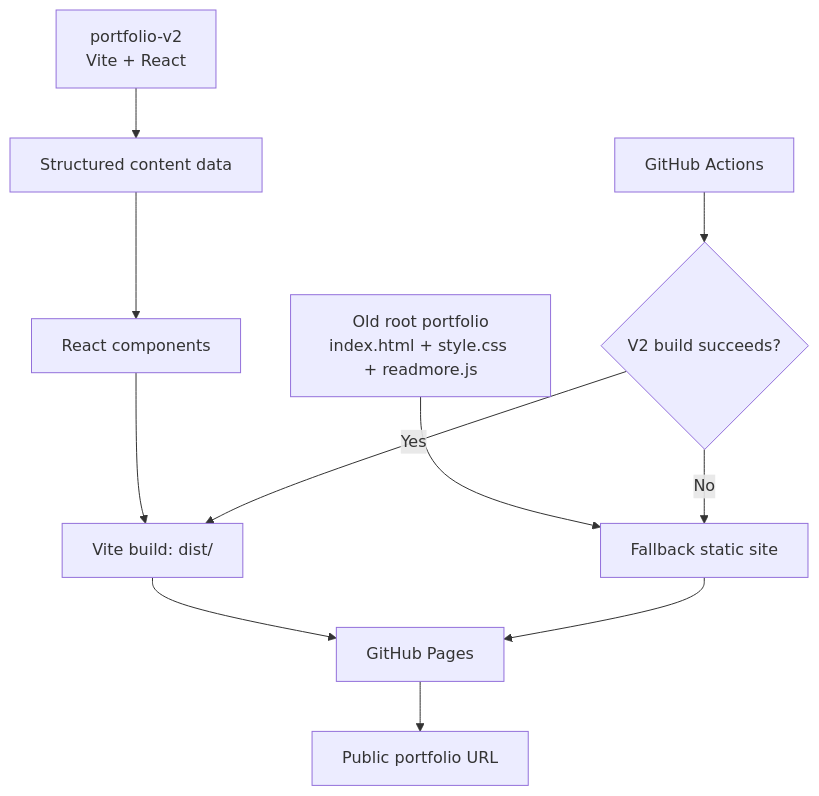
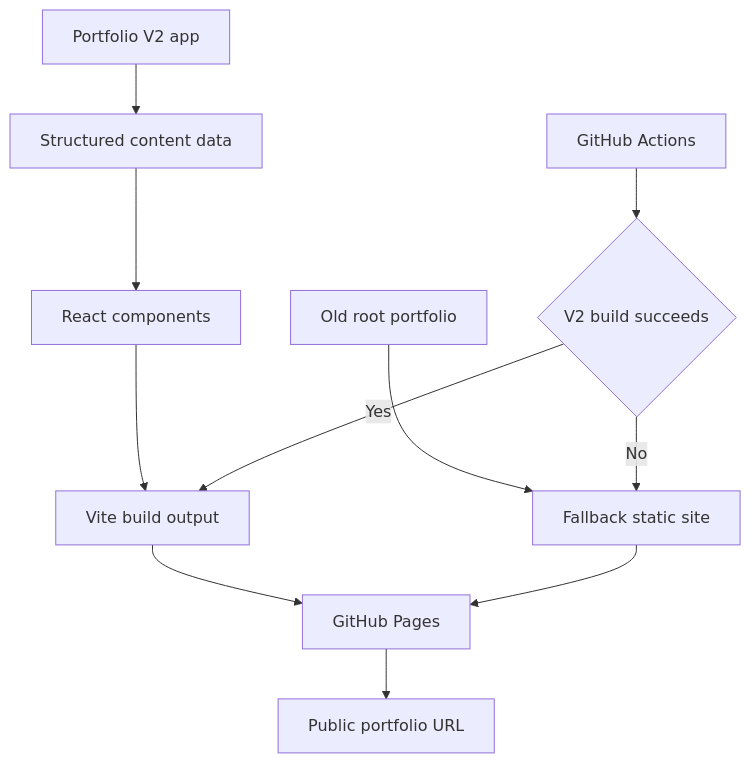
The first of 2 diagrams in README.md (vikramsh2002/My-Portfolio), drawn with Mermaid before and after one commit. The commit also changed other lines of this file, not shown here.

Commit message:
Fix README workflow diagram rendering

````diff
--- a/README.md
+++ b/README.md
@@ -21,13 +21,13 @@
 ```mermaid
 flowchart TD
-    A["Old root portfolio<br/>index.html + style.css + readmore.js"] --> B["Fallback static site"]
-    C["portfolio-v2<br/>Vite + React"] --> D["Structured content data"]
+    A["Old root portfolio"] --> B["Fallback static site"]
+    C["Portfolio V2 app"] --> D["Structured content data"]
     D --> E["React components"]
-    E --> F["Vite build: dist/"]
-    G["GitHub Actions"] --> H{"V2 build succeeds?"}
-    H -- "Yes" --> F
-    H -- "No" --> B
+    E --> F["Vite build output"]
+    G["GitHub Actions"] --> H{"V2 build succeeds"}
+    H -->|Yes| F
+    H -->|No| B
     F --> I["GitHub Pages"]
     B --> I
     I --> J["Public portfolio URL"]
 ```
````
